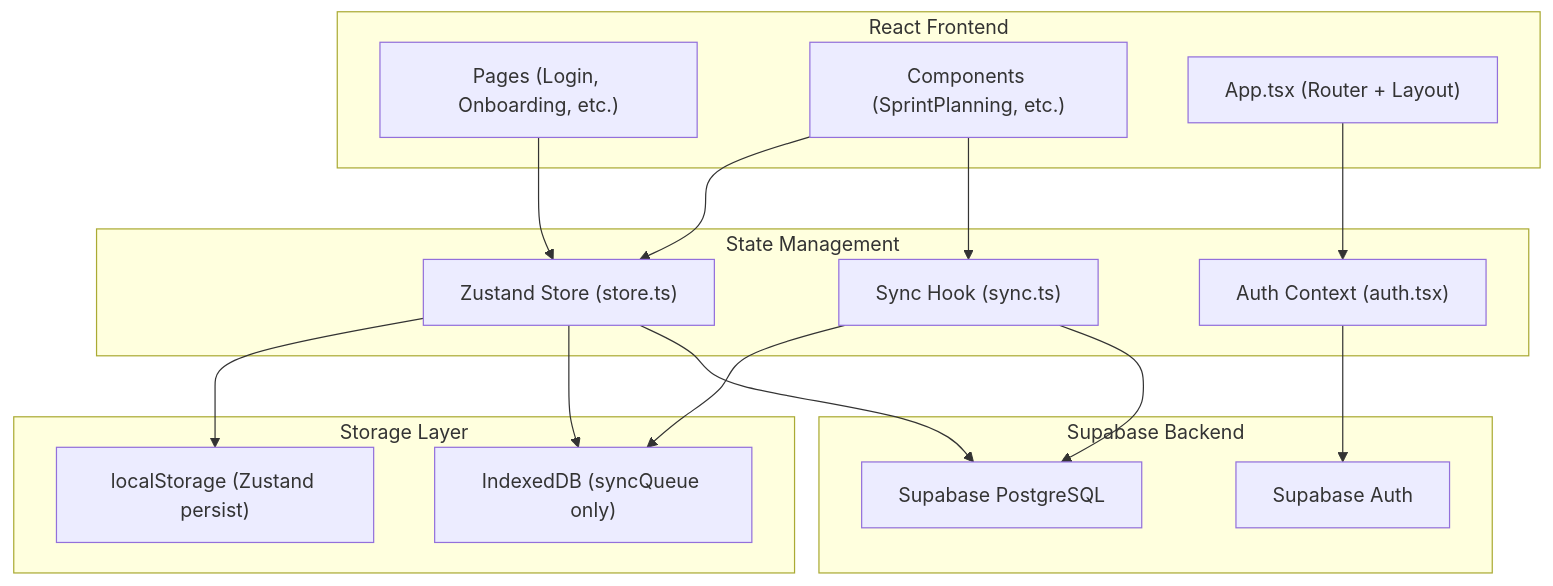
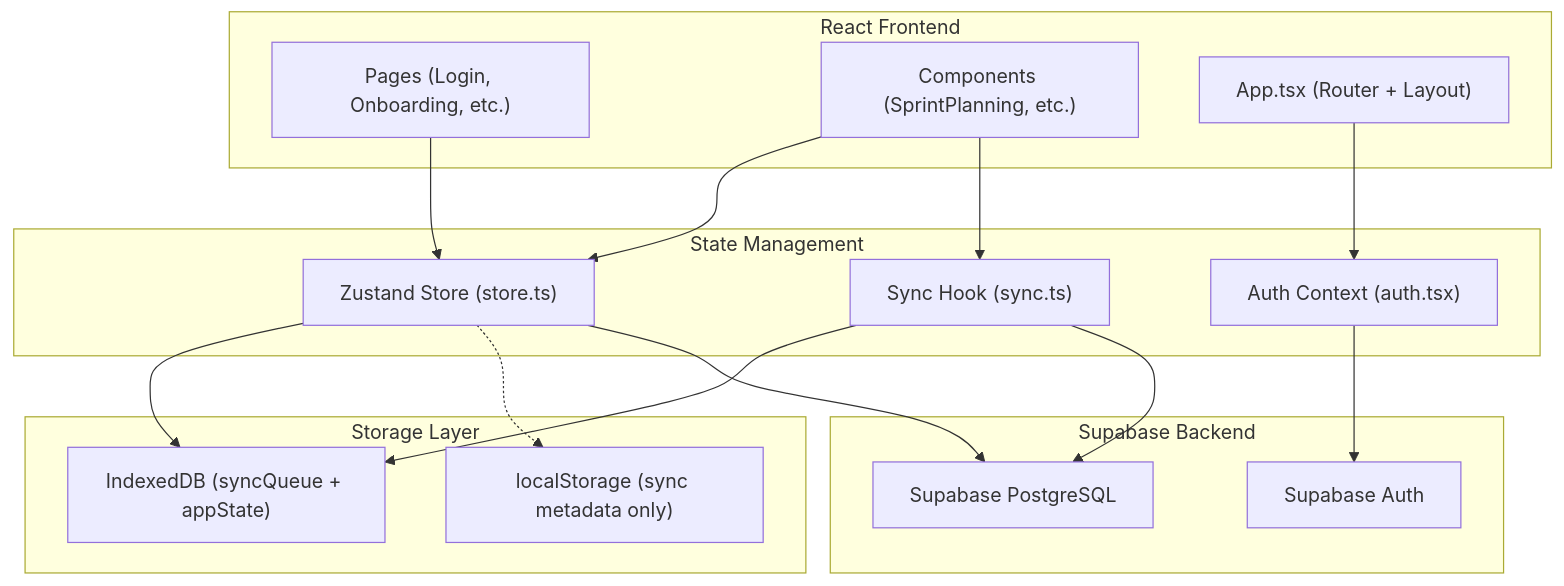
Before and after one commit to abigailfussell-afk/falconforge: the first of 2 diagrams in .agent/skills/architecture/SKILL.md, drawn with Mermaid. The commit also changed other lines of this file and 9 other files, not shown here.

````diff
--- a/.agent/skills/architecture/SKILL.md
+++ b/.agent/skills/architecture/SKILL.md
@@ -12,35 +12,35 @@
 ```mermaid
 flowchart TB
     subgraph Frontend["React Frontend"]
         Pages["Pages (Login, Onboarding, etc.)"]
         Components["Components (SprintPlanning, etc.)"]
         App["App.tsx (Router + Layout)"]
     end
     
     subgraph State["State Management"]
         Store["Zustand Store (store.ts)"]
         Auth["Auth Context (auth.tsx)"]
         Sync["Sync Hook (sync.ts)"]
     end
     
     subgraph Storage["Storage Layer"]
-        IndexedDB["IndexedDB (syncQueue only)"]
-        LocalStorage["localStorage (Zustand persist)"]
+        IndexedDB["IndexedDB (syncQueue + appState)"]
+        LocalStorage["localStorage (sync metadata only)"]
     end
     
     subgraph Backend["Supabase Backend"]
         SupabaseAuth["Supabase Auth"]
         SupabaseDB["Supabase PostgreSQL"]
     end
     
     Pages --> Store
     Components --> Store
     Components --> Sync
     App --> Auth
-    Store --> LocalStorage
     Store --> IndexedDB
+    Store -.-> LocalStorage
     Store --> SupabaseDB
     Auth --> SupabaseAuth
     Sync --> IndexedDB
     Sync --> SupabaseDB
 ```
````
